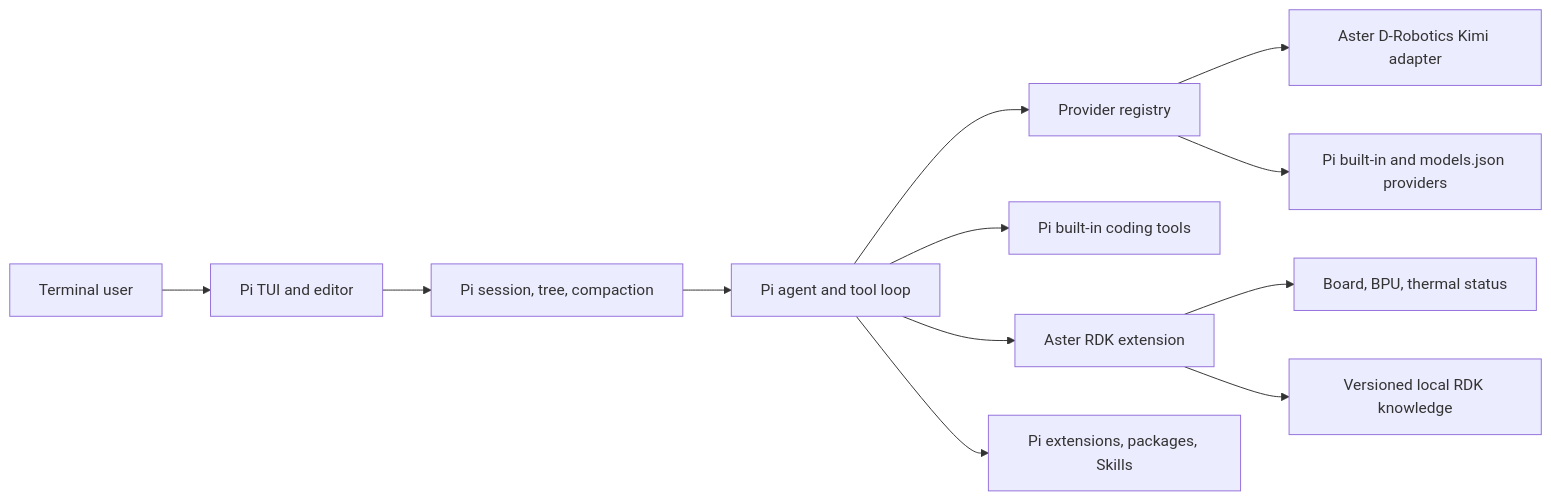
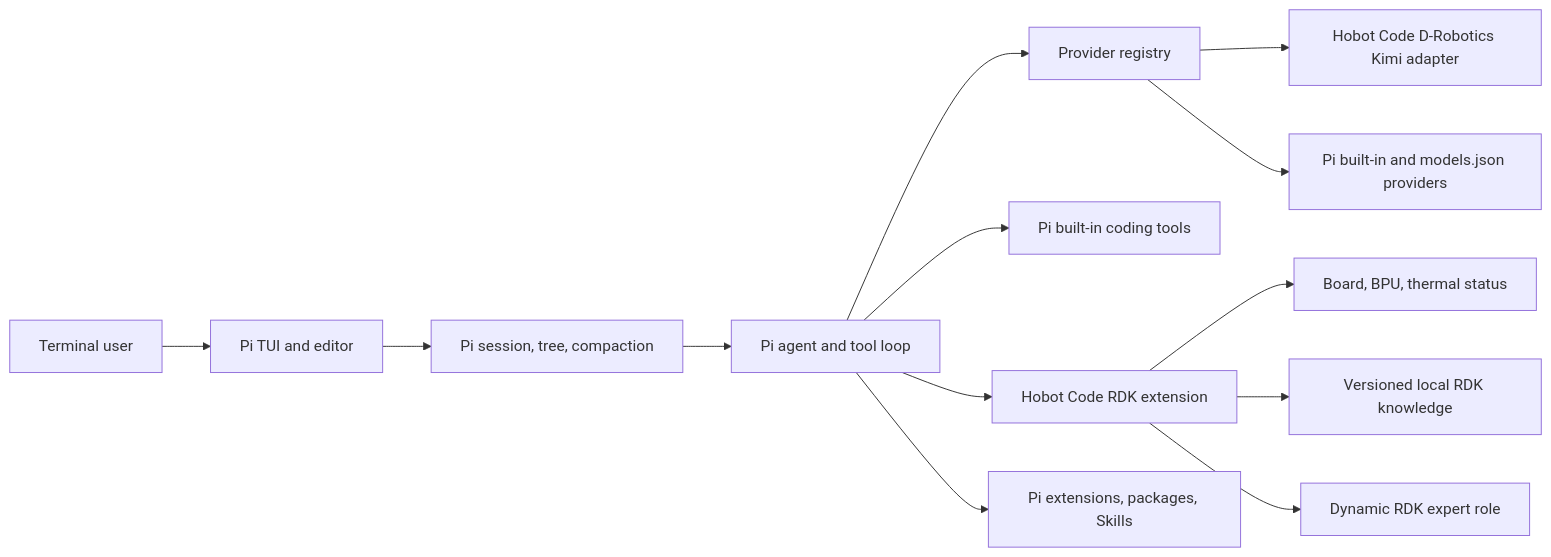
Before and after one commit to Kyrie-w8/hobot-code: the diagram in docs/architecture.md, drawn with Mermaid. The commit also changed other lines of this file and 16 other files, not shown here.

Commit message:
feat: add complete RDK expert role

````diff
--- a/docs/architecture.md
+++ b/docs/architecture.md
@@ -5,14 +5,15 @@
 ```mermaid
 flowchart LR
   U["Terminal user"] --> T["Pi TUI and editor"]
   T --> S["Pi session, tree, compaction"]
   S --> A["Pi agent and tool loop"]
   A --> P["Provider registry"]
-  P --> K["Aster D-Robotics Kimi adapter"]
+  P --> K["Hobot Code D-Robotics Kimi adapter"]
   P --> V["Pi built-in and models.json providers"]
   A --> B["Pi built-in coding tools"]
-  A --> R["Aster RDK extension"]
+  A --> R["Hobot Code RDK extension"]
   R --> H["Board, BPU, thermal status"]
   R --> D["Versioned local RDK knowledge"]
+  R --> E["Dynamic RDK expert role"]
   A --> X["Pi extensions, packages, Skills"]
 ```
````
